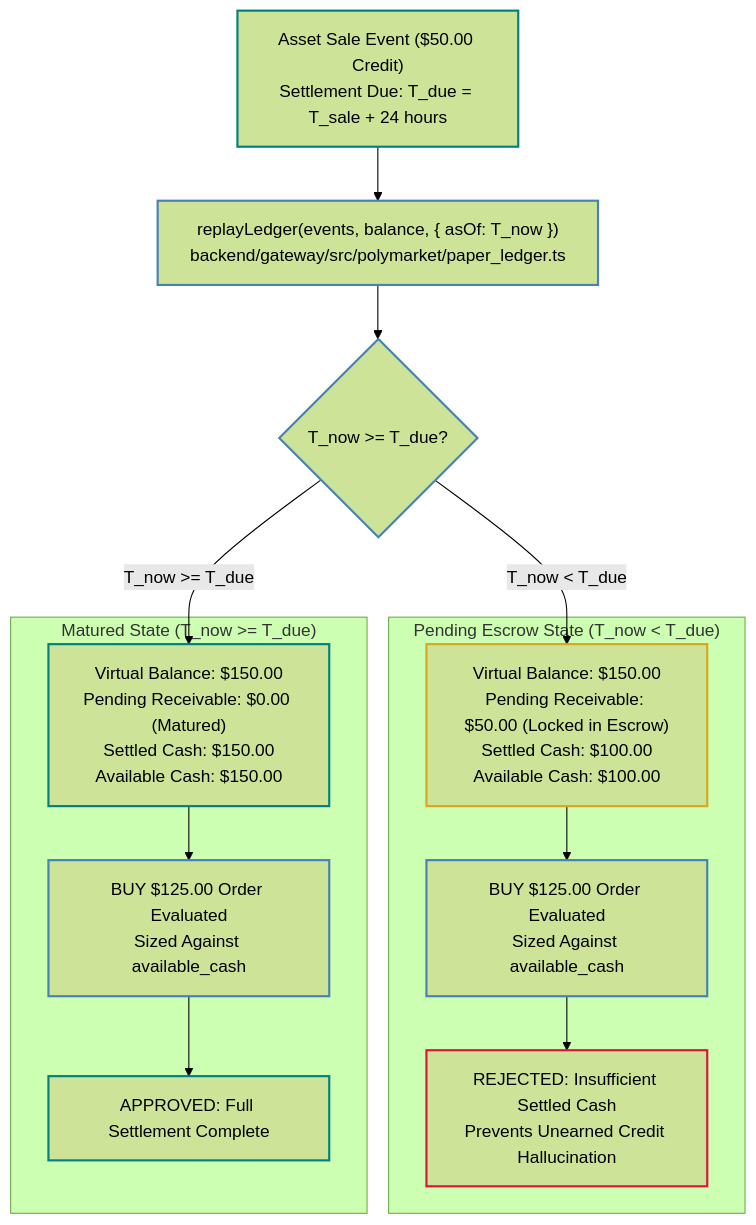
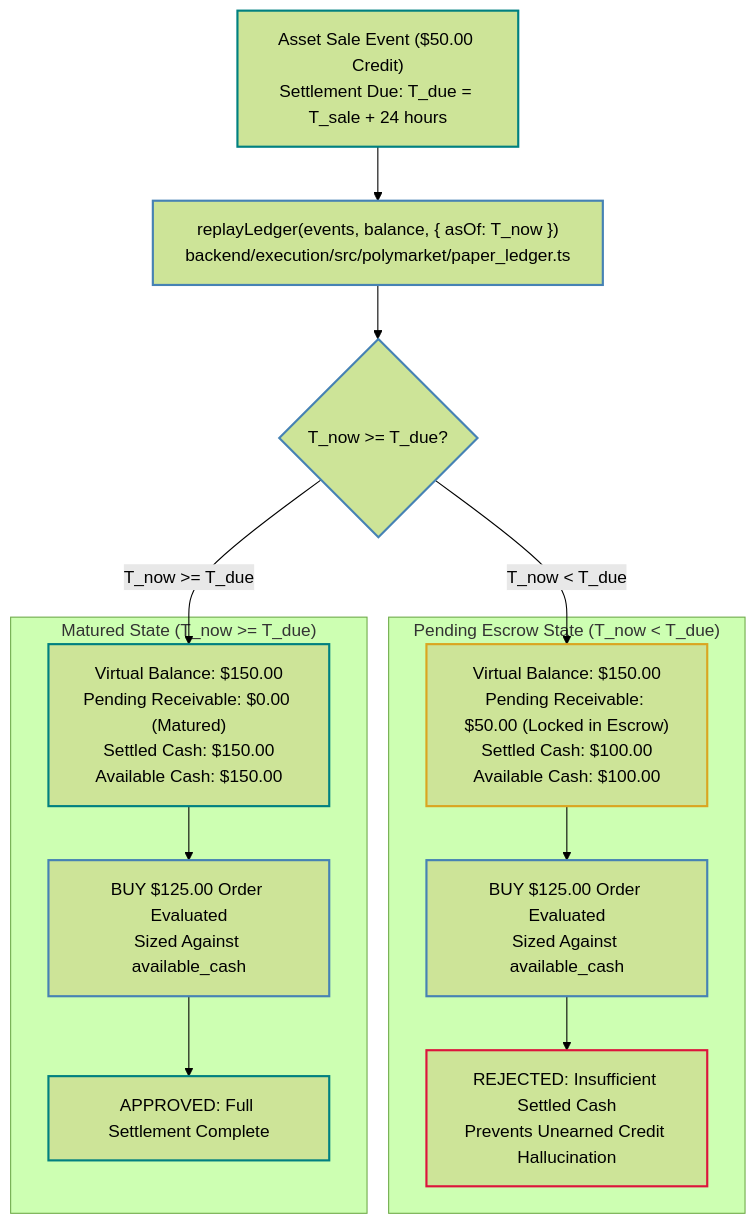
The eighth of 24 diagrams in docs/Reports/SOVEREIGN_END_TO_END_ARCHITECTURE_REPORT.md (vgbn2/personal_finance_draft), drawn with Mermaid (forest theme) before and after one commit. The commit also changed other lines of this file and 178 other files, not shown here.

````diff
--- a/docs/Reports/SOVEREIGN_END_TO_END_ARCHITECTURE_REPORT.md
+++ b/docs/Reports/SOVEREIGN_END_TO_END_ARCHITECTURE_REPORT.md
@@ -701,33 +701,33 @@
 ```mermaid
 flowchart TD
     classDef control stroke:steelblue,stroke-width:2px;
     classDef data stroke:teal,stroke-width:2px;
     classDef warning stroke:goldenrod,stroke-width:2px;
     classDef critical stroke:crimson,stroke-width:2px;
     classDef neutral stroke:gray,stroke-width:1px;
 
     SALE["Asset Sale Event ($50.00 Credit)<br/>Settlement Due: T_due = T_sale + 24 hours"]:::data
 
-    REPLAY["replayLedger(events, balance, { asOf: T_now })<br/>backend/gateway/src/polymarket/paper_ledger.ts"]:::control
+    REPLAY["replayLedger(events, balance, { asOf: T_now })<br/>backend/execution/src/polymarket/paper_ledger.ts"]:::control
     SALE --> REPLAY
 
     CHECK{"T_now >= T_due?"}:::control
     REPLAY --> CHECK
 
     subgraph EscrowLocked["Pending Escrow State (T_now < T_due)"]
         L1["Virtual Balance: $150.00<br/>Pending Receivable: $50.00 (Locked in Escrow)<br/>Settled Cash: $100.00<br/>Available Cash: $100.00"]:::warning
         L2["BUY $125.00 Order Evaluated<br/>Sized Against available_cash"]:::control
         L3["REJECTED: Insufficient Settled Cash<br/>Prevents Unearned Credit Hallucination"]:::critical
         L1 --> L2 --> L3
     end
 
     subgraph MaturedSettled["Matured State (T_now >= T_due)"]
         M1["Virtual Balance: $150.00<br/>Pending Receivable: $0.00 (Matured)<br/>Settled Cash: $150.00<br/>Available Cash: $150.00"]:::data
         M2["BUY $125.00 Order Evaluated<br/>Sized Against available_cash"]:::control
         M3["APPROVED: Full Settlement Complete"]:::data
         M1 --> M2 --> M3
     end
 
     CHECK -->|"T_now < T_due"| L1
     CHECK -->|"T_now >= T_due"| M1
 ```
````
